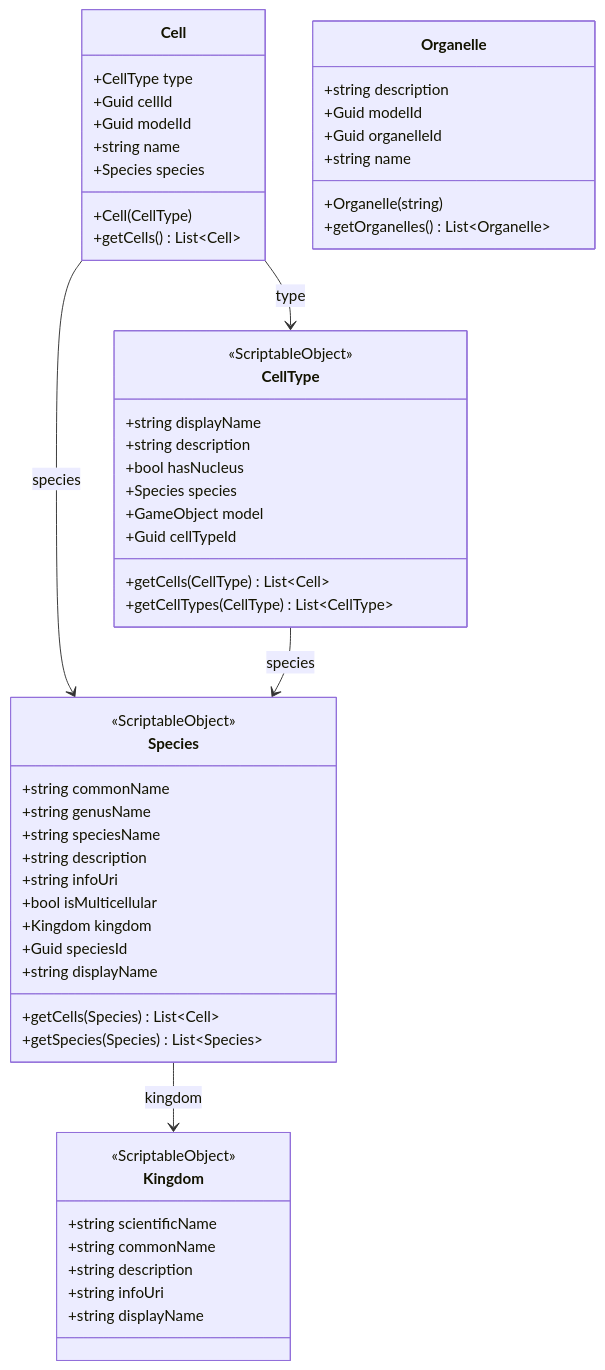
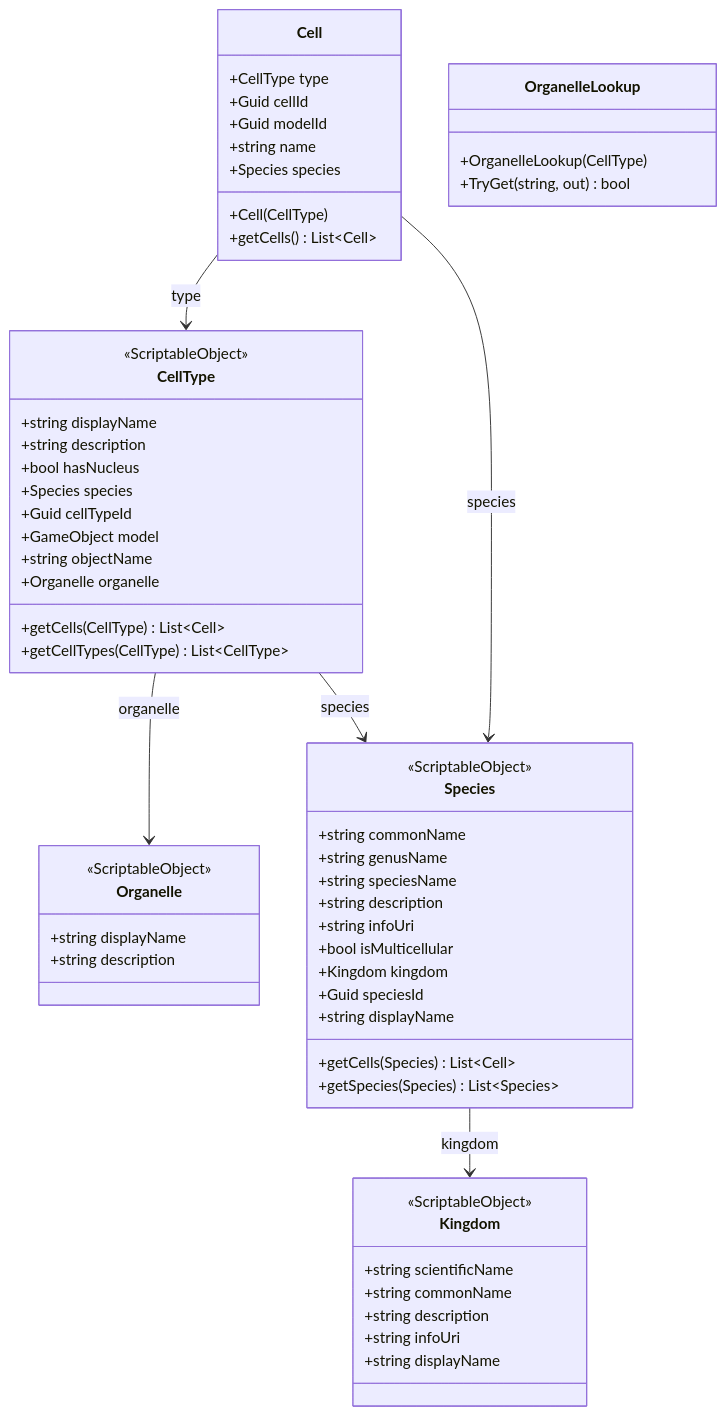
The diagram in docs/dev/classes.md (From-Null/from-null-capstone), drawn with Mermaid before and after one commit. The commit also changed other lines of this file, not shown here.

Commit message:
Update class diagram

````diff
--- a/docs/dev/classes.md
+++ b/docs/dev/classes.md
@@ -5,57 +4,61 @@
 ```mermaid
 classDiagram
     class Cell {
         +CellType type
         +Guid cellId
         +Guid modelId
         +string name
         +Species species
         +Cell(CellType)
         +getCells() List~Cell~
     }
     class CellType {
         <<ScriptableObject>>
         +string displayName
         +string description
         +bool hasNucleus
         +Species species
+        +Guid cellTypeId
         +GameObject model
-        +Guid cellTypeId
+        +string objectName
+        +Organelle organelle
         +getCells(CellType) List~Cell~
         +getCellTypes(CellType) List~CellType~
     }
     class Kingdom {
         <<ScriptableObject>>
         +string scientificName
         +string commonName
         +string description
         +string infoUri
         +string displayName
     }
     class Organelle {
+        <<ScriptableObject>>
+        +string displayName
         +string description
-        +Guid modelId
-        +Guid organelleId
-        +string name
-        +Organelle(string)
-        +getOrganelles() List~Organelle~
+    }
+    class OrganelleLookup {
+        +OrganelleLookup(CellType)
+        +TryGet(string, out) bool
     }
     class Species {
         <<ScriptableObject>>
         +string commonName
         +string genusName
         +string speciesName
         +string description
         +string infoUri
         +bool isMulticellular
         +Kingdom kingdom
         +Guid speciesId
         +string displayName
         +getCells(Species) List~Cell~
         +getSpecies(Species) List~Species~
     }
     Cell --> CellType : type
     Cell --> Species : species
     CellType --> Species : species
+    CellType --> Organelle : organelle
     Species --> Kingdom : kingdom
 ```
````
